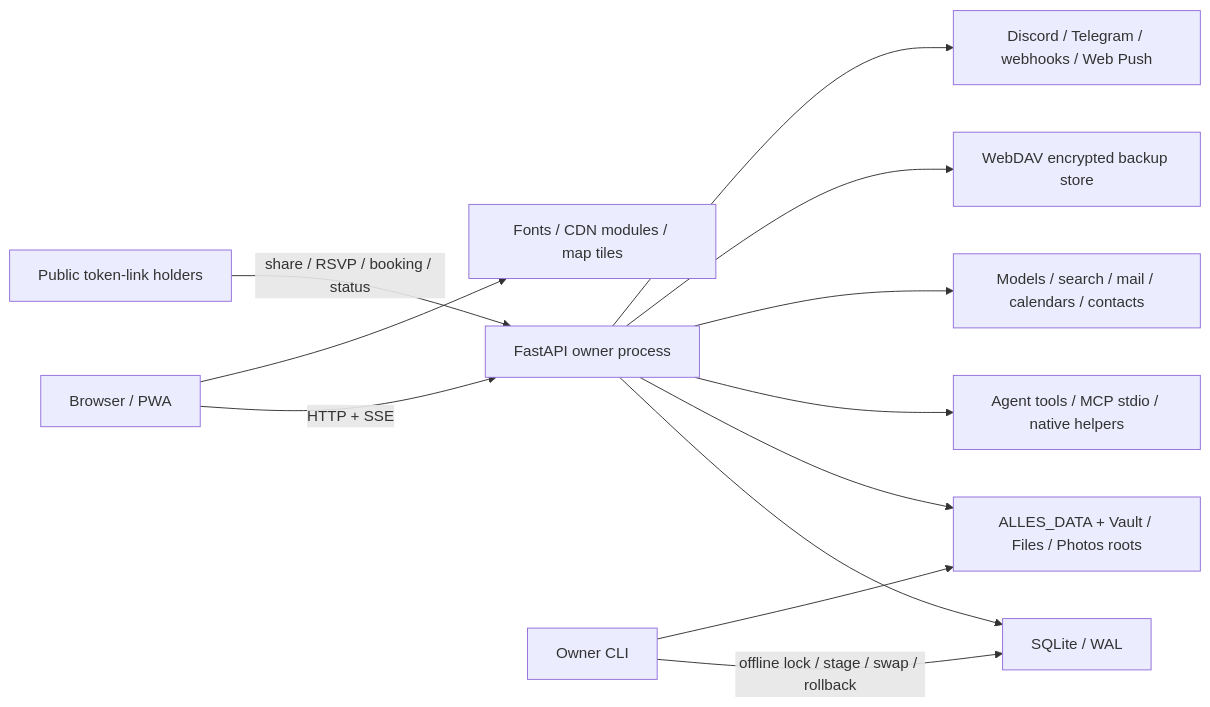
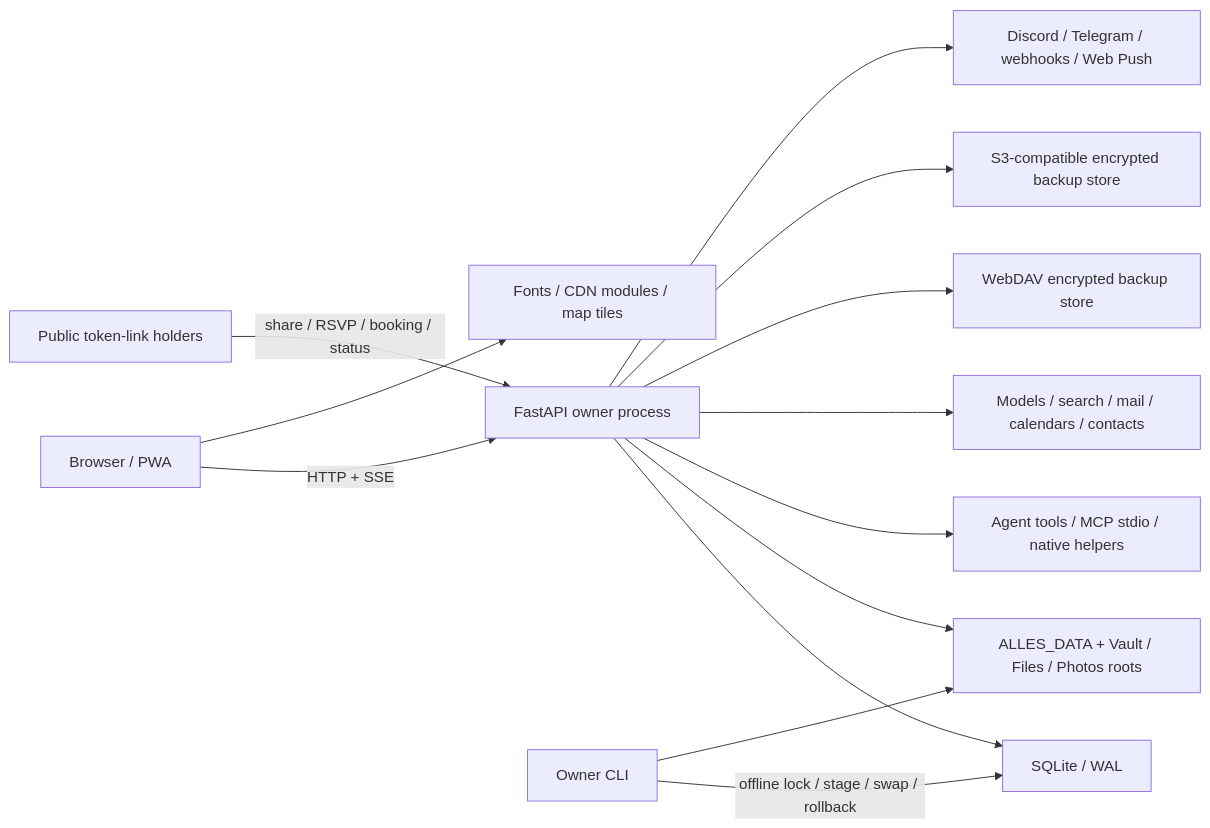
One commit to jxherc/alles changed the diagram in docs/plans/afterlife/current-trust-map.md. Above: the diagram before and after it, drawn with Mermaid. The commit also changed other lines of this file and 24 other files, not shown here.

````diff
--- a/docs/plans/afterlife/current-trust-map.md
+++ b/docs/plans/afterlife/current-trust-map.md
@@ -30,14 +31,15 @@
 ```mermaid
 flowchart LR
     browser["Browser / PWA"] -->|"HTTP + SSE"| server["FastAPI owner process"]
     public["Public token-link holders"] -->|"share / RSVP / booking / status"| server
     browser --> direct["Fonts / CDN modules / map tiles"]
     server --> sqlite["SQLite / WAL"]
     server --> stores["ALLES_DATA + Vault / Files / Photos roots"]
     server --> host["Agent tools / MCP stdio / native helpers"]
     server --> providers["Models / search / mail / calendars / contacts"]
     server --> webdav["WebDAV encrypted backup store"]
+    server --> s3["S3-compatible encrypted backup store"]
     server --> delivery["Discord / Telegram / webhooks / Web Push"]
     cli["Owner CLI"] -->|"offline lock / stage / swap / rollback"| sqlite
     cli --> stores
 ```
````
